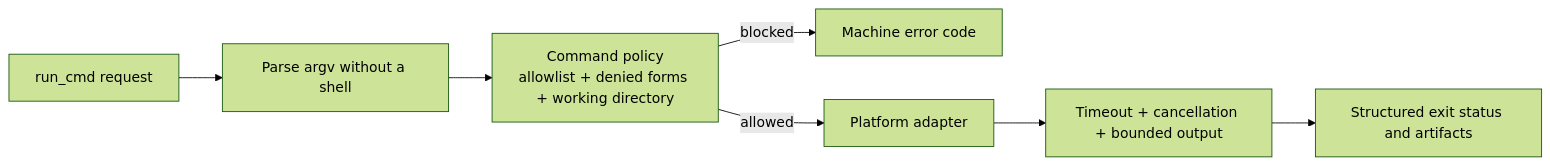
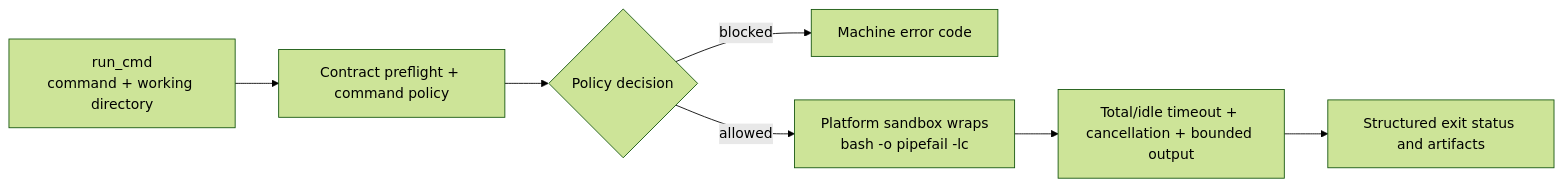
The second of 2 diagrams in docs/architecture/02-security-execution.md (MatrixCoreX/RustClaw), drawn with Mermaid (forest theme) before and after one commit. The commit also changed other lines of this file and 17 other files, not shown here.

Commit message:
docs: synchronize architecture learning guide

````diff
--- a/docs/architecture/02-security-execution.md
+++ b/docs/architecture/02-security-execution.md
@@ -36,9 +44,9 @@
 ```mermaid
 flowchart LR
-    A[run_cmd request] --> B[Parse argv without a shell]
-    B --> C[Command policy<br/>allowlist + denied forms + working directory]
+    A[run_cmd<br/>command + working directory] --> B[Contract preflight + command policy]
+    B --> C{Policy decision}
     C -->|blocked| D[Machine error code]
-    C -->|allowed| E[Platform adapter]
-    E --> F[Timeout + cancellation + bounded output]
+    C -->|allowed| E[Platform sandbox wraps<br/>bash -o pipefail -lc]
+    E --> F[Total/idle timeout + cancellation + bounded output]
     F --> G[Structured exit status and artifacts]
 ```
````
